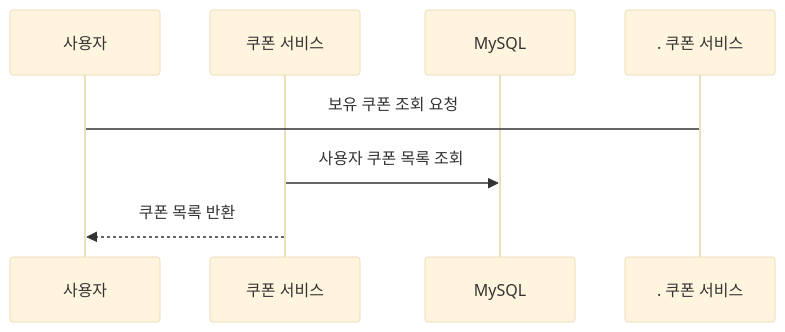
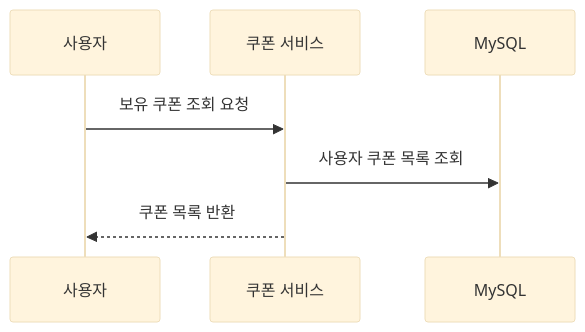
The sixth of 7 diagrams in docs/sequence.md (DevDior/e-commers-server-java), drawn with Mermaid (base theme) before and after one commit. The commit also changed other lines of this file, not shown here.

Commit message:
[DOCS] 시퀀스 다이어그램 Update

````diff
--- a/docs/sequence.md
+++ b/docs/sequence.md
@@ -174,11 +168,11 @@
 ```mermaid
 sequenceDiagram
     participant 사용자
     participant 쿠폰 서비스
     participant MySQL
     
-    사용자->. 쿠폰 서비스: 보유 쿠폰 조회 요청
+    사용자->>쿠폰 서비스: 보유 쿠폰 조회 요청
     
     쿠폰 서비스->>MySQL: 사용자 쿠폰 목록 조회
     쿠폰 서비스-->>사용자: 쿠폰 목록 반환
 ```
````
